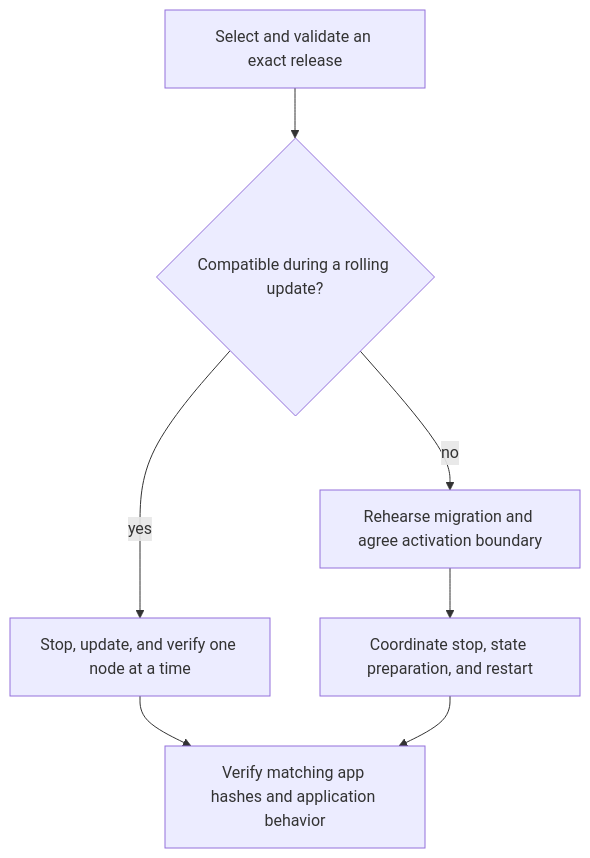
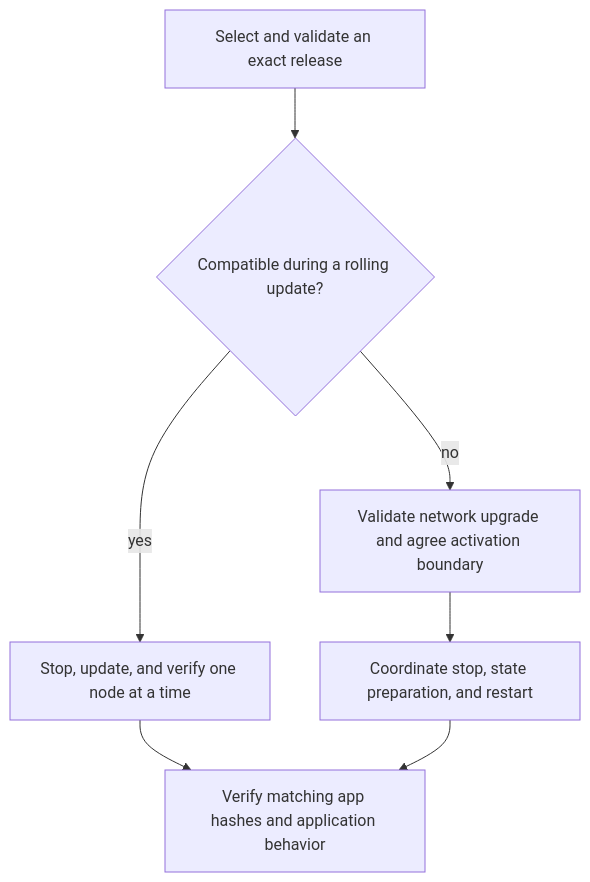
One commit to xian-technology/xian-docs-web changed the diagram in node/upgrading.md. Above: the diagram before and after it, drawn with Mermaid. The commit also changed other lines of this file and 38 other files, not shown here.

````diff
--- a/node/upgrading.md
+++ b/node/upgrading.md
@@ -150,13 +134,13 @@
 ```mermaid
 flowchart TD
   Target["Select and validate an exact release"]
   Kind{"Compatible during a rolling update?"}
   Rolling["Stop, update, and verify one node at a time"]
-  Rehearse["Rehearse migration and agree activation boundary"]
+  Rehearse["Validate network upgrade and agree activation boundary"]
   Cutover["Coordinate stop, state preparation, and restart"]
   Verify["Verify matching app hashes and application behavior"]
 
   Target --> Kind
   Kind -->|yes| Rolling --> Verify
   Kind -->|no| Rehearse --> Cutover --> Verify
 ```
````
